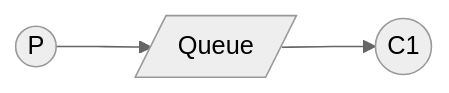
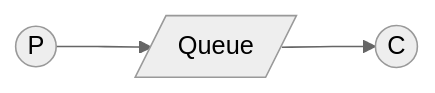
One commit to antoniomarcossouza/DCC064 changed the diagram in README.md. Above: the diagram before and after it, drawn with Mermaid (neutral theme).

Commit message:
mermaid fixing my analphabetism

````diff
--- a/README.md
+++ b/README.md
@@ -5,9 +5,9 @@
 ```mermaid
 flowchart LR
     A((P))
     B[/Queue/]
-    C((C1))
+    C((C))
 
     A --> B
     B --> C
 ```
````
